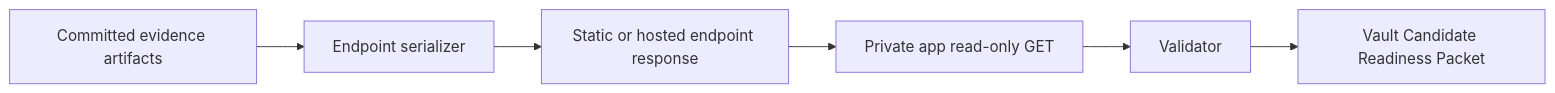
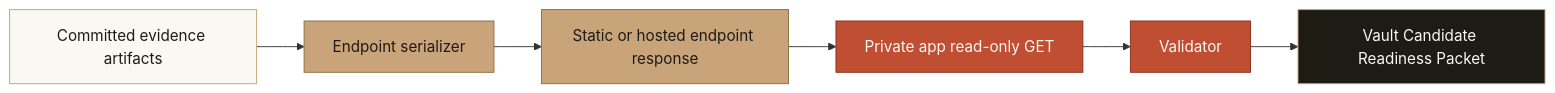
Before and after one commit to Wallet-Wall/walletwall-vault: the first of 5 diagrams in docs/Hosted_Evidence_Endpoint_Deployment_Plan.md, drawn with Mermaid. The commit also changed other lines of this file and 8 other files, not shown here.

Commit message:
docs: add WalletWall Mermaid colors (#136)

````diff
--- a/docs/Hosted_Evidence_Endpoint_Deployment_Plan.md
+++ b/docs/Hosted_Evidence_Endpoint_Deployment_Plan.md
@@ -92,8 +92,17 @@
 ```mermaid
 flowchart LR
   A["Committed evidence artifacts"] --> B["Endpoint serializer"]
   B --> C["Static or hosted endpoint response"]
   C --> D["Private app read-only GET"]
   D --> E["Validator"]
   E --> F["Vault Candidate Readiness Packet"]
+
+  classDef wwPrimary fill:#BF4E32,stroke:#8B3120,color:#FAF8F3,stroke-width:1px;
+  classDef wwSecondary fill:#C9A47A,stroke:#8B6F47,color:#1E1A14,stroke-width:1px;
+  classDef wwLight fill:#FAF8F3,stroke:#C9A47A,color:#1E1A14,stroke-width:1px;
+  classDef wwBoundary fill:#1E1A14,stroke:#C9A47A,color:#FAF8F3,stroke-width:1px;
+  class A wwLight;
+  class B,C wwSecondary;
+  class D,E wwPrimary;
+  class F wwBoundary;
 ```
````
